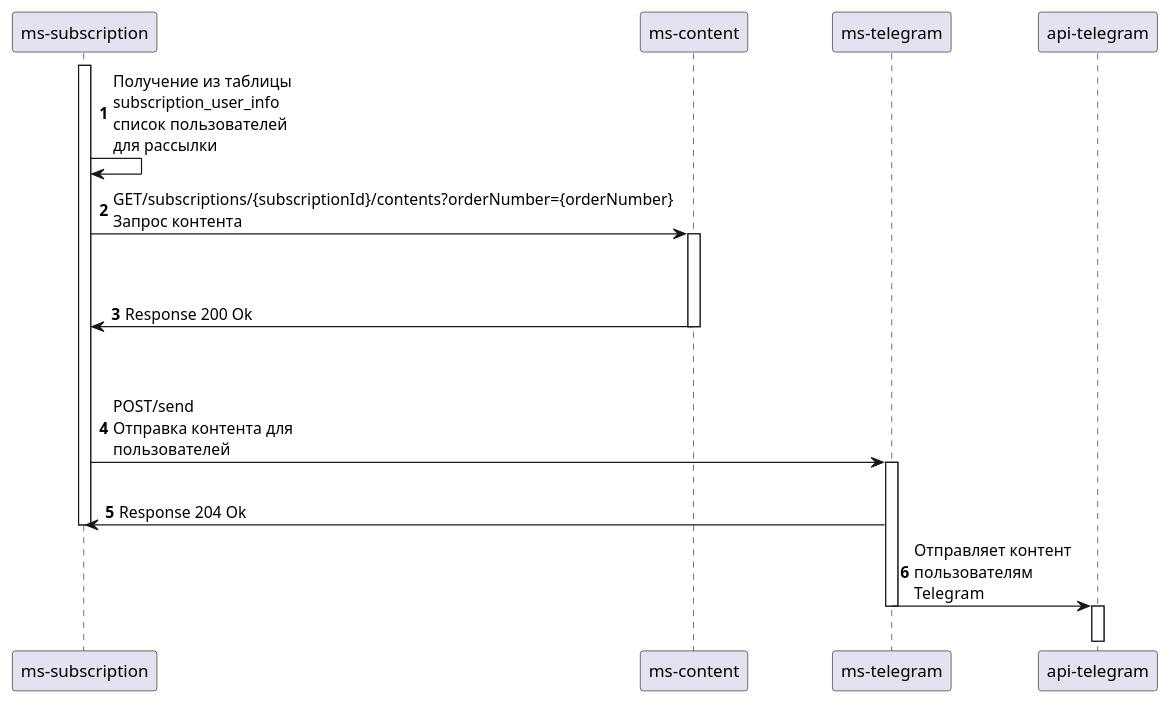
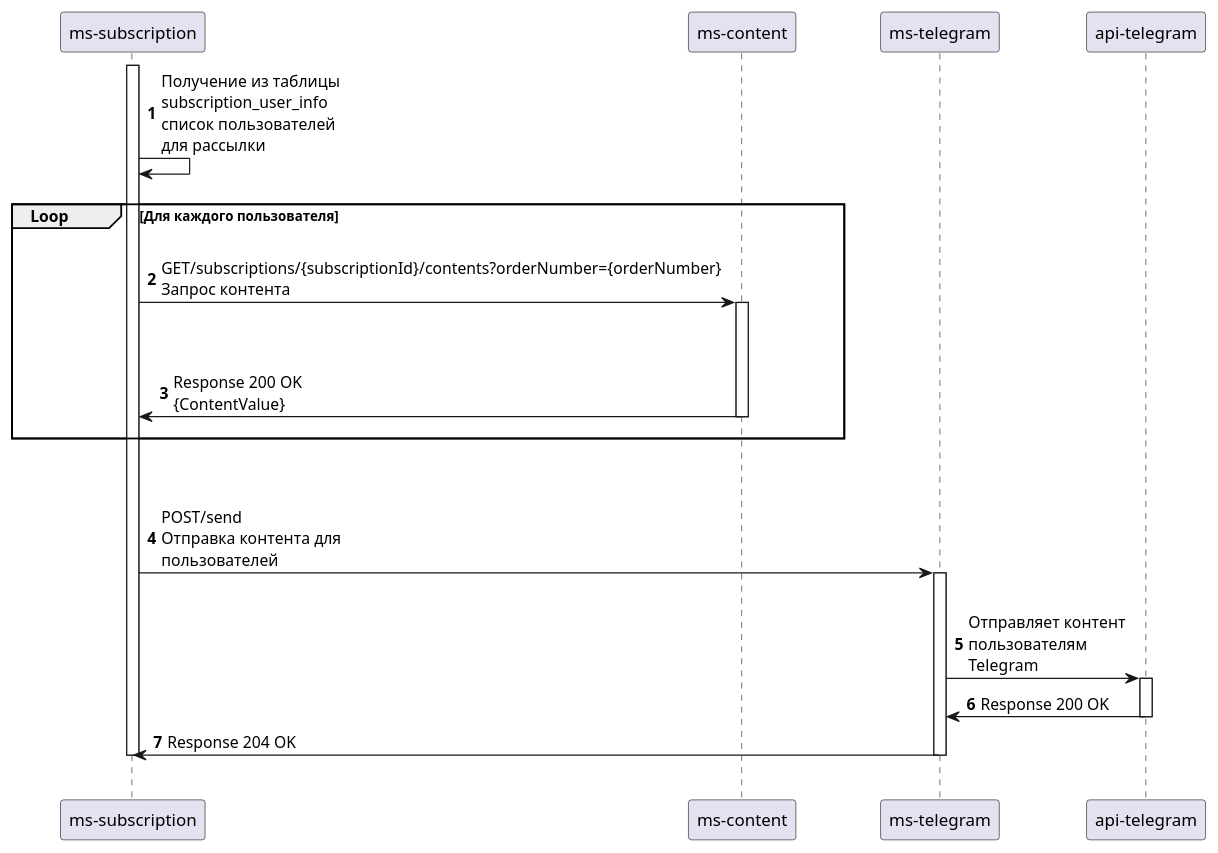
The diagram in sequence/Subscription.plantuml (SomeTechStudio/lib-api), drawn with PlantUML before and after one commit. The commit also changed 2 other files, not shown here.

Commit message:
Feature/SP-11 modified yaml subscription, modified 2 sequence

```diff
--- a/sequence/Subscription.plantuml
+++ b/sequence/Subscription.plantuml
@@ -1,36 +1,43 @@
 @startuml Subscription
 autonumber
 skinparam {
     MaxMessageSize 150
     BoxPadding 10   
     }
 skinparam sequence {
     ParticipantPadding 30
     MessageAlign left
 }
 
 participant "ms-subscription" as Sb order 10
 participant "ms-content" as Cn order 40
 participant "ms-telegram" as Tgm order 60
 participant "api-telegram" as Api order 80
 
 activate Sb
 Sb -> Sb: Получение из таблицы subscription_user_info список пользователей для рассылки
-Sb -> Cn: GET/subscriptions/{subscriptionId}/contents?orderNumber={orderNumber}\nЗапрос контента
-activate Cn
+||10||
+group   Loop    [Для каждого пользователя]
+    ||20||
+    Sb -> Cn: GET/subscriptions/{subscriptionId}/contents?orderNumber={orderNumber}\nЗапрос контента
+    activate Cn
+    ||45||
+    Cn -> Sb: Response 200 OK {ContentValue}
+    ||10||
+    deactivate Cn
+    end
 ||45||
-Cn -> Sb: Response 200 Ok
-||45||
-deactivate Cn
+
 Sb -> Tgm: POST/send \nОтправка контента для пользователей
 activate Tgm
 ||20||
-Tgm -> Sb: Response 204 Ok
+Tgm -> Api: Отправляет контент пользователям Telegram
+activate Api
+Api -> Tgm: Response 200 OK
+deactivate Api
+Tgm -> Sb: Response 204 OK
+||20||
 deactivate Sb
-Tgm -> Api: Отправляет контент пользователям Telegram
-||20||
 deactivate Tgm
-activate Api
-deactivate Api
 
 @enduml
```
